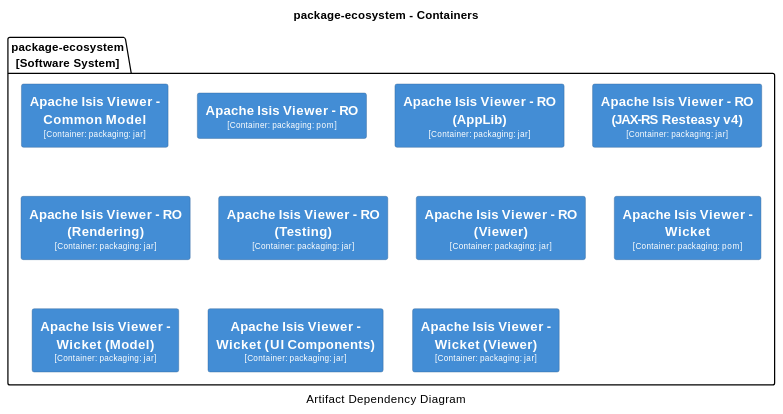
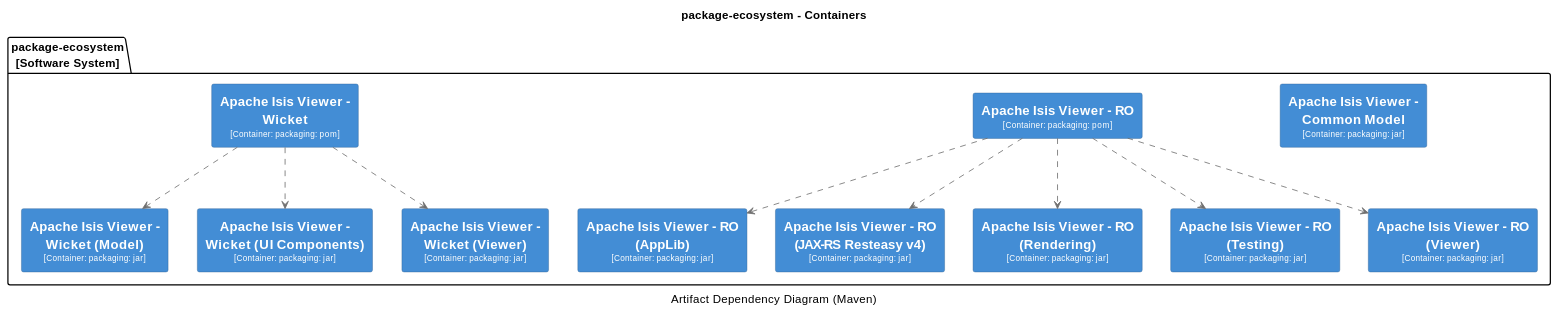
The tenth of 18 diagrams in antora/components/system/modules/ROOT/pages/about.adoc (apache/causeway), drawn with PlantUML before and after one commit. The commit also changed other lines of this file and 2 other files, not shown here.

Commit message:
ISIS-2437: add relations to c4 diagrams (System Overview)

```diff
--- a/antora/components/system/modules/ROOT/pages/about.adoc
+++ b/antora/components/system/modules/ROOT/pages/about.adoc
@@ -1593,7 +1639,7 @@
 ----
 @startuml(id=Viewer)
 title package-ecosystem - Containers
-caption Artifact Dependency Diagram
+caption Artifact Dependency Diagram (Maven)
 
 skinparam {
   shadowing false
@@ -1671,5 +1717,13 @@
   rectangle "==Apache Isis Viewer - Wicket (UI Components)\n<size:10>[Container: packaging: jar]</size>" <<11>> as 11
   rectangle "==Apache Isis Viewer - Wicket (Viewer)\n<size:10>[Container: packaging: jar]</size>" <<12>> as 12
 }
+3 .[#707070].> 4 : ""
+3 .[#707070].> 5 : ""
+3 .[#707070].> 6 : ""
+3 .[#707070].> 7 : ""
+3 .[#707070].> 8 : ""
+9 .[#707070].> 10 : ""
+9 .[#707070].> 11 : ""
+9 .[#707070].> 12 : ""
 @enduml
 ----
```
